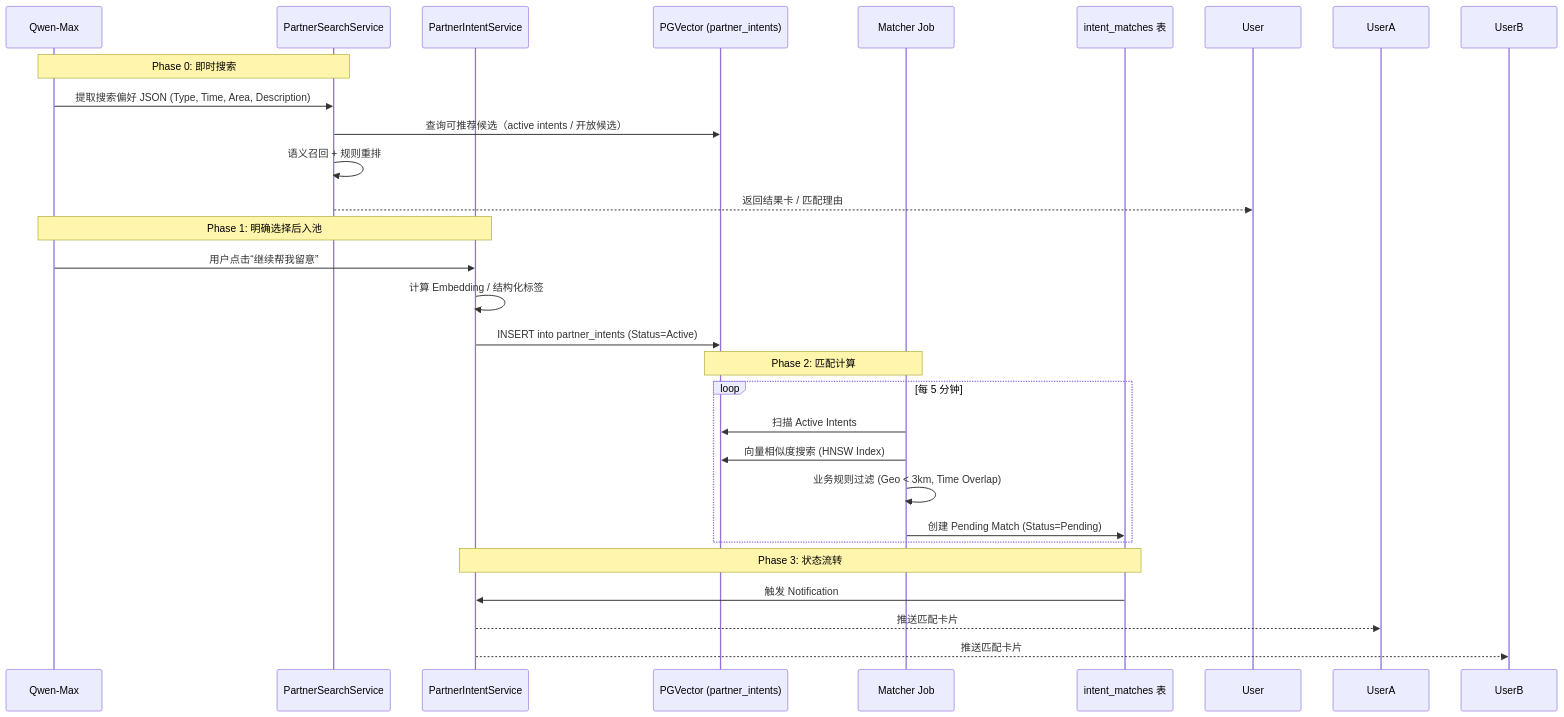
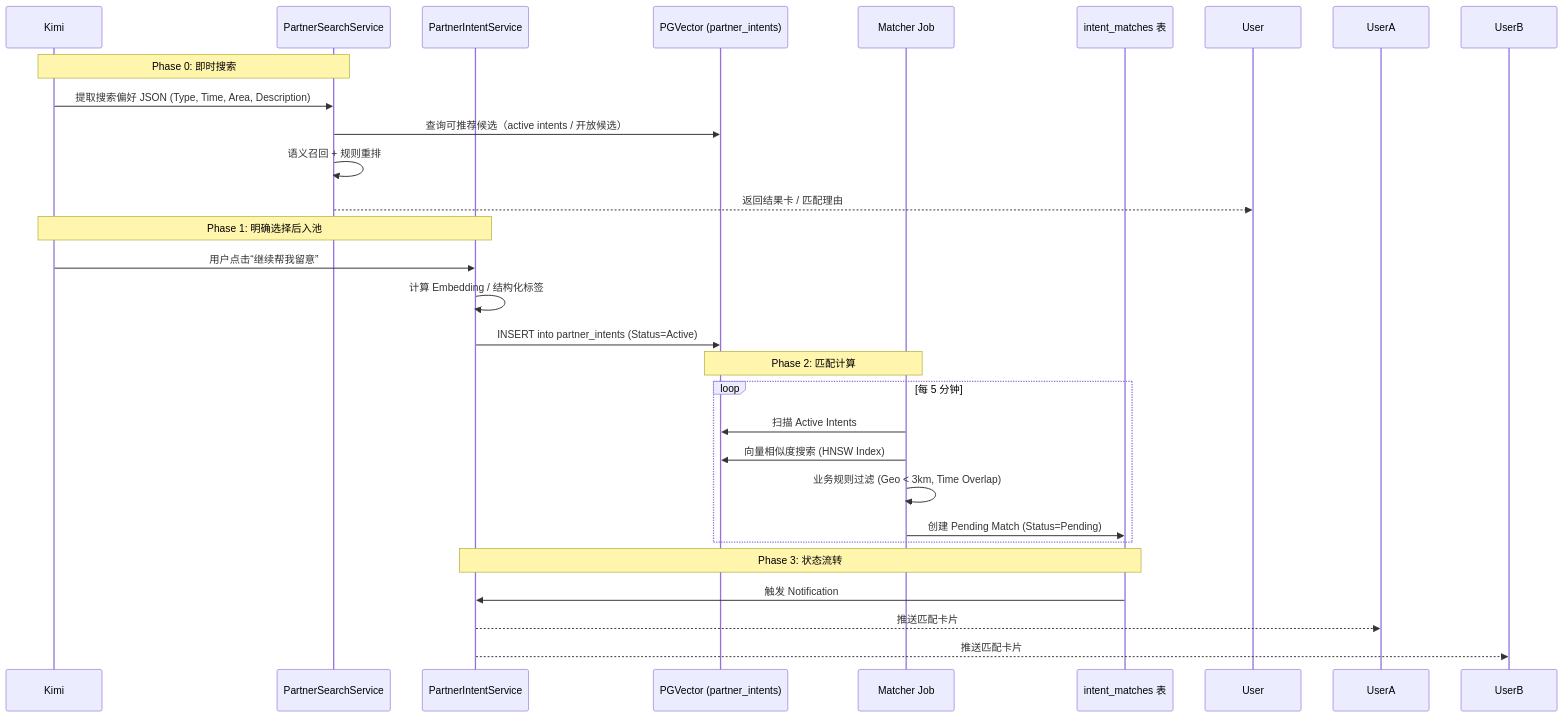
The second of 4 diagrams in docs/TAD.md (sylasxu/xu), drawn with Mermaid before and after one commit. The commit also changed other lines of this file and 39 other files, not shown here.

````diff
--- a/docs/TAD.md
+++ b/docs/TAD.md
@@ -2625,33 +2707,33 @@
 ```mermaid
 sequenceDiagram
-    participant LLM as Qwen-Max
+    participant LLM as Kimi
     participant Search as PartnerSearchService
     participant API as PartnerIntentService
     participant DB as PGVector (partner_intents)
     participant Cron as Matcher Job
     participant Match as intent_matches 表
 
     Note over LLM, Search: Phase 0: 即时搜索
     LLM->>Search: 提取搜索偏好 JSON (Type, Time, Area, Description)
     Search->>DB: 查询可推荐候选（active intents / 开放候选）
     Search->>Search: 语义召回 + 规则重排
     Search-->>User: 返回结果卡 / 匹配理由
 
     Note over LLM, API: Phase 1: 明确选择后入池
     LLM->>API: 用户点击“继续帮我留意”
     API->>API: 计算 Embedding / 结构化标签
     API->>DB: INSERT into partner_intents (Status=Active)
     
     Note over Cron, DB: Phase 2: 匹配计算
     loop 每 5 分钟
         Cron->>DB: 扫描 Active Intents
         Cron->>DB: 向量相似度搜索 (HNSW Index)
         Cron->>Cron: 业务规则过滤 (Geo < 3km, Time Overlap)
         Cron->>Match: 创建 Pending Match (Status=Pending)
     end
     
     Note over Match, API: Phase 3: 状态流转
     Match->>API: 触发 Notification
     API-->>UserA: 推送匹配卡片
     API-->>UserB: 推送匹配卡片
 ```
````
